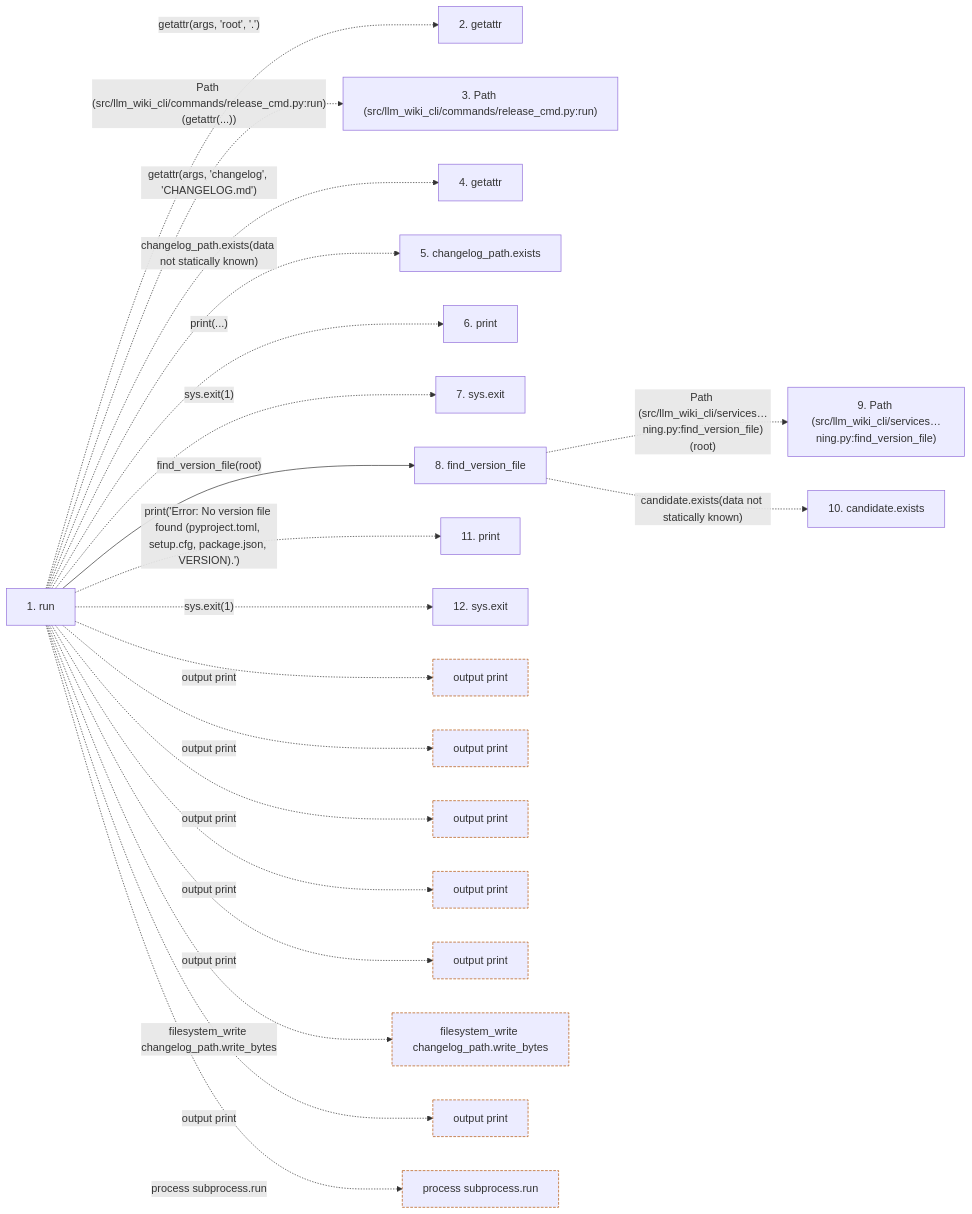
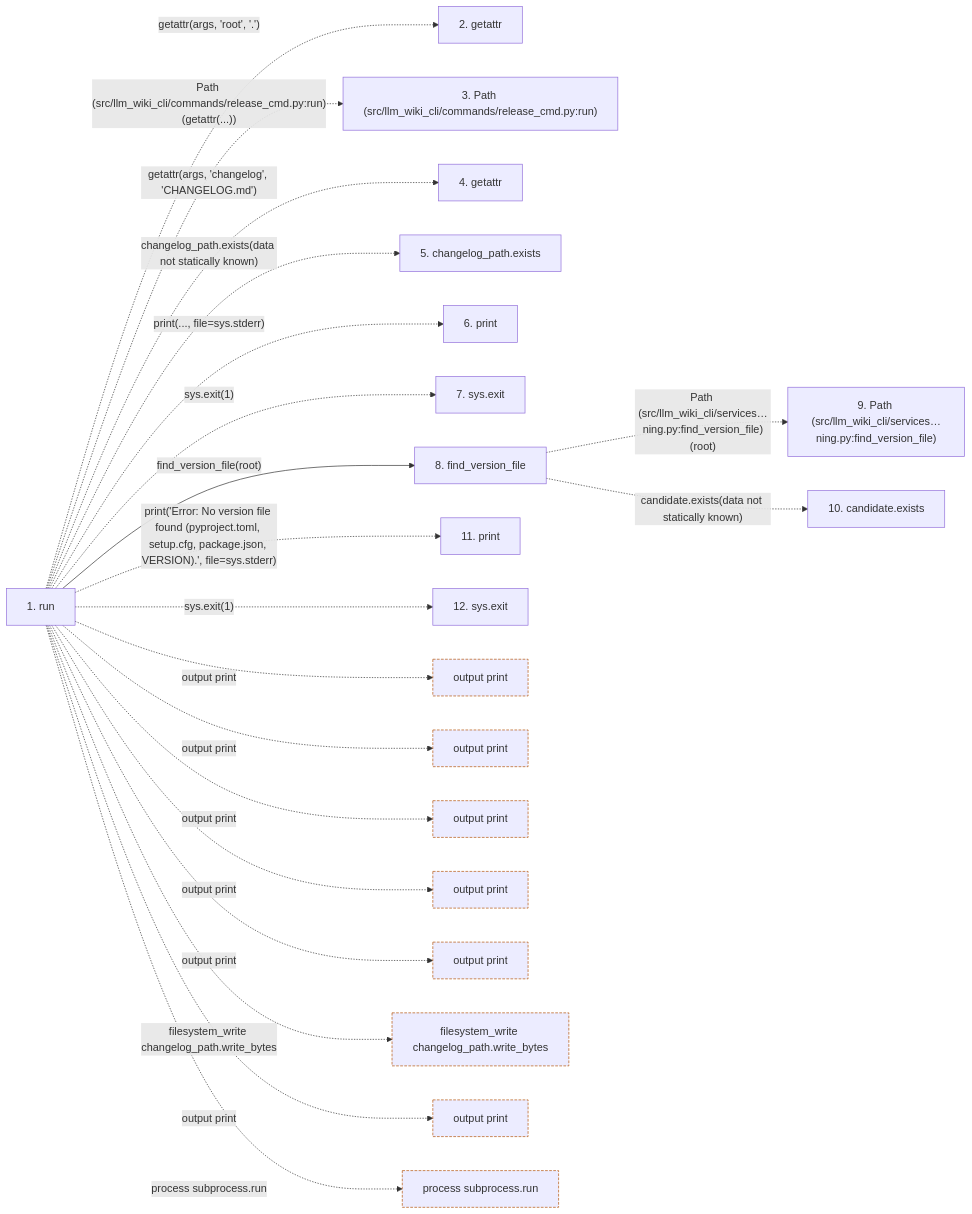
One commit to Denissvgn/python-wiki-llm changed the second of 2 diagrams in docs/llm_wiki/flows/cli-release.md. Above: the diagram before and after it, drawn with Mermaid. The commit also changed other lines of this file and 76 other files, not shown here.

````diff
--- a/docs/llm_wiki/flows/cli-release.md
+++ b/docs/llm_wiki/flows/cli-release.md
@@ -69,53 +69,53 @@
 ```mermaid
 flowchart LR
     s1["1. run"]
     s2["2. getattr"]
     s3["3. Path (src/llm_wiki_cli/commands/release_cmd.py:run)"]
     s4["4. getattr"]
     s5["5. changelog_path.exists"]
     s6["6. print"]
     s7["7. sys.exit"]
     s8["8. find_version_file"]
     s9["9. Path (src/llm_wiki_cli/services…ning.py:find_version_file)"]
     s10["10. candidate.exists"]
     s11["11. print"]
     s12["12. sys.exit"]
     s1 -. "getattr(args, 'root', '.')" .-> s2
     s1 -. "Path (src/llm_wiki_cli/commands/release_cmd.py:run)(getattr(...))" .-> s3
     s1 -. "getattr(args, 'changelog', 'CHANGELOG.md')" .-> s4
     s1 -. "changelog_path.exists(data not statically known)" .-> s5
-    s1 -. "print(...)" .-> s6
+    s1 -. "print(..., file=sys.stderr)" .-> s6
     s1 -. "sys.exit(1)" .-> s7
     s1 -->|"find_version_file(root)"| s8
     s8 -. "Path (src/llm_wiki_cli/services…ning.py:find_version_file)(root)" .-> s9
     s8 -. "candidate.exists(data not statically known)" .-> s10
-    s1 -. "print('Error: No version file found (pyproject.toml, setup.cfg, package.json, VERSION).')" .-> s11
+    s1 -. "print('Error: No version file found (pyproject.toml, setup.cfg, package.json, VERSION).', file=sys.stderr)" .-> s11
     s1 -. "sys.exit(1)" .-> s12
     b0["output print"]
     s1 -. "output print" .-> b0
     b1["output print"]
     s1 -. "output print" .-> b1
     b2["output print"]
     s1 -. "output print" .-> b2
     b3["output print"]
     s1 -. "output print" .-> b3
     b4["output print"]
     s1 -. "output print" .-> b4
     b5["filesystem_write changelog_path.write_bytes"]
     s1 -. "filesystem_write changelog_path.write_bytes" .-> b5
     b6["output print"]
     s1 -. "output print" .-> b6
     b7["process subprocess.run"]
     s1 -. "process subprocess.run" .-> b7
     click s1 "../modules/release_cmd.md"
     click s8 "../modules/versioning.md"
     classDef boundary stroke:#b45309,stroke-dasharray: 4 2
     class b0 boundary
     class b1 boundary
     class b2 boundary
     class b3 boundary
     class b4 boundary
     class b5 boundary
     class b6 boundary
     class b7 boundary
 ```
````
